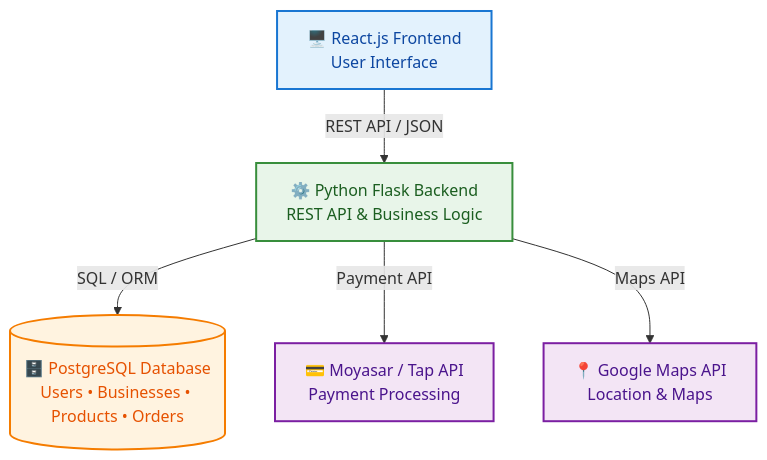
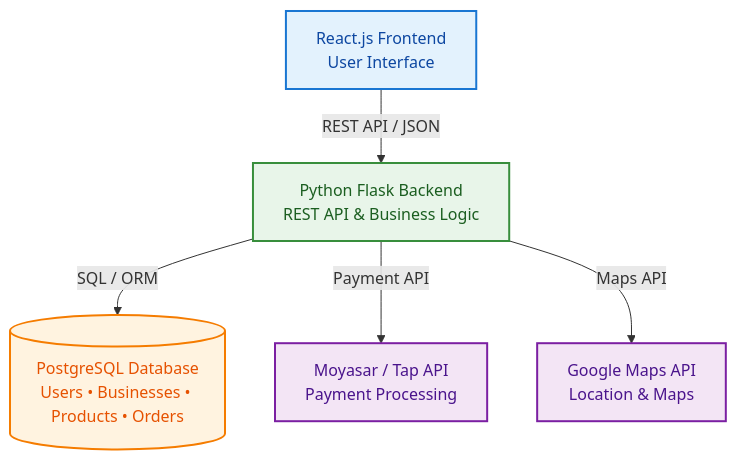
One commit to Ryma976/Portfolio_Project changed the first of 3 diagrams in Stage3/README.md. Above: the diagram before and after it, drawn with Mermaid. The commit also changed other lines of this file, not shown here.

````diff
--- a/Stage3/README.md
+++ b/Stage3/README.md
@@ -51,35 +51,35 @@
 ```mermaid
 flowchart TB
 
     %% Frontend
-    A["🖥️ React.js Frontend<br/>User Interface"] 
+    A[" React.js Frontend<br/>User Interface"] 
     
     %% Backend
-    B["⚙️ Python Flask Backend<br/>REST API & Business Logic"]
+    B[" Python Flask Backend<br/>REST API & Business Logic"]
 
     %% Database
-    C[("🗄️ PostgreSQL Database<br/>Users • Businesses • Products • Orders")]
+    C[(" PostgreSQL Database<br/>Users • Businesses • Products • Orders")]
 
     %% External Services
-    D["💳 Moyasar / Tap API<br/>Payment Processing"]
-    E["📍 Google Maps API<br/>Location & Maps"]
+    D[" Moyasar / Tap API<br/>Payment Processing"]
+    E[" Google Maps API<br/>Location & Maps"]
 
     %% Main Flow
     A -->|"REST API / JSON"| B
     B -->|"SQL / ORM"| C
 
     %% External APIs
     B -->|"Payment API"| D
     B -->|"Maps API"| E
 
     %% Styling
     classDef frontend fill:#E3F2FD,stroke:#1976D2,stroke-width:2px,color:#0D47A1
     classDef backend fill:#E8F5E9,stroke:#388E3C,stroke-width:2px,color:#1B5E20
     classDef database fill:#FFF3E0,stroke:#F57C00,stroke-width:2px,color:#E65100
     classDef external fill:#F3E5F5,stroke:#7B1FA2,stroke-width:2px,color:#4A148C
 
     class A frontend
     class B backend
     class C database
     class D,E external
 ```
````
